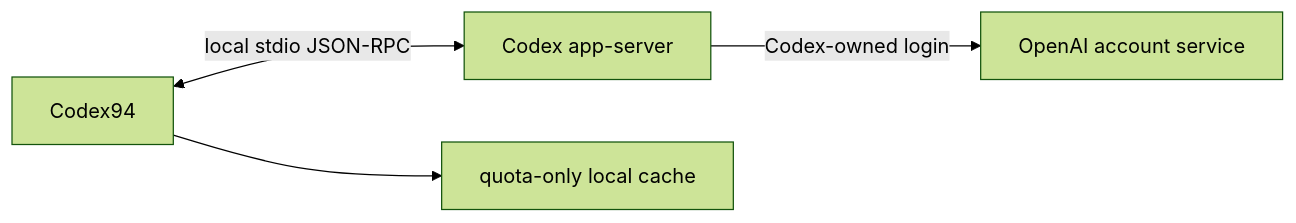
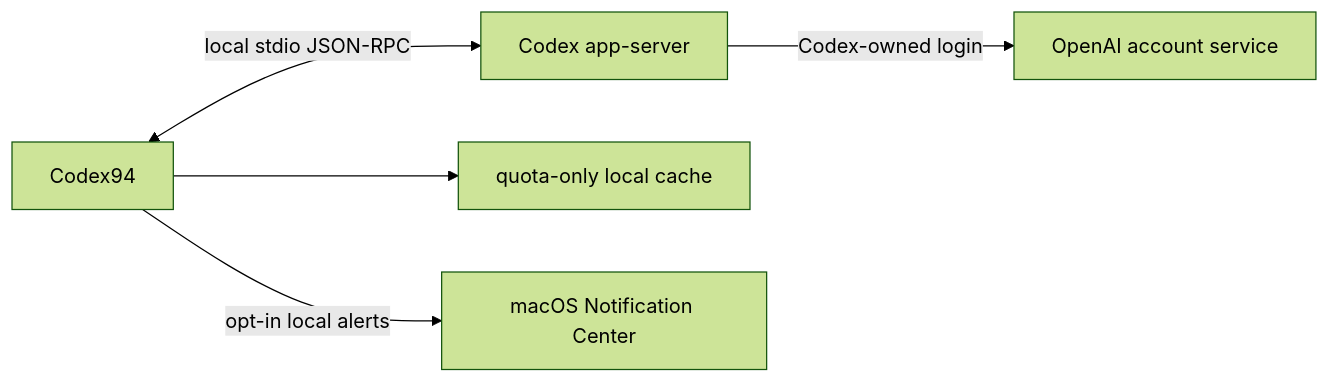
One commit to DEFY-AN94/codex94 changed the diagram in README.md. Above: the diagram before and after it, drawn with Mermaid (forest theme). The commit also changed other lines of this file and 43 other files, not shown here.

````diff
--- a/README.md
+++ b/README.md
@@ -256,6 +292,7 @@
 ```mermaid
 flowchart LR
     A["Codex94"] <-->|"local stdio JSON-RPC"| B["Codex app-server"]
     B -->|"Codex-owned login"| C["OpenAI account service"]
     A --> D["quota-only local cache"]
+    A -->|"opt-in local alerts"| E["macOS Notification Center"]
 ```
````
